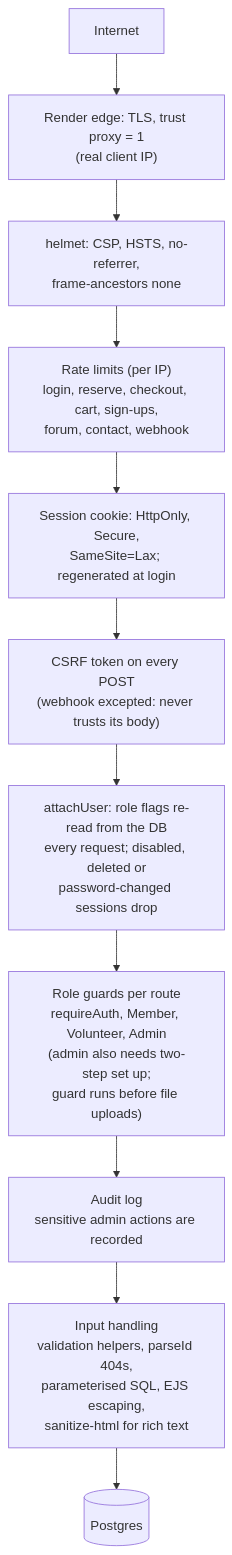
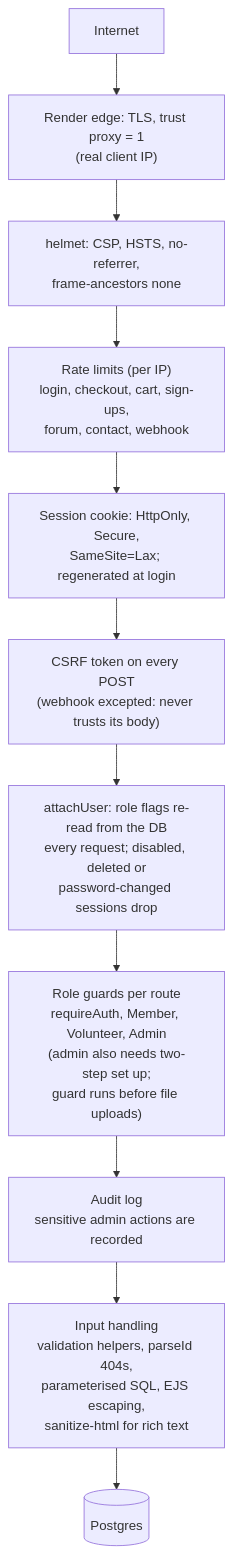
One commit to umasbooksadmin/umasbookswebsite changed diagram 15 of 15 in docs/architecture.md. Above: the diagram before and after it, drawn with Mermaid. The commit also changed other lines of this file and 21 other files, not shown here.

````diff
--- a/docs/architecture.md
+++ b/docs/architecture.md
@@ -832,13 +835,13 @@
 ```mermaid
 flowchart TD
   NET["Internet"] --> TLS["Render edge: TLS, trust proxy = 1<br/>(real client IP)"]
   TLS --> HL["helmet: CSP, HSTS, no-referrer,<br/>frame-ancestors none"]
-  HL --> RL["Rate limits (per IP)<br/>login, reserve, checkout, cart, sign-ups,<br/>forum, contact, webhook"]
+  HL --> RL["Rate limits (per IP)<br/>login, checkout, cart, sign-ups,<br/>forum, contact, webhook"]
   RL --> SE["Session cookie: HttpOnly, Secure,<br/>SameSite=Lax; regenerated at login"]
   SE --> CF["CSRF token on every POST<br/>(webhook excepted: never trusts its body)"]
   CF --> AU["attachUser: role flags re-read from the DB<br/>every request; disabled, deleted or<br/>password-changed sessions drop"]
   AU --> RG["Role guards per route<br/>requireAuth, Member, Volunteer, Admin<br/>(admin also needs two-step set up;<br/>guard runs before file uploads)"]
   RG --> AUD["Audit log<br/>sensitive admin actions are recorded"]
   AUD --> VAL["Input handling<br/>validation helpers, parseId 404s,<br/>parameterised SQL, EJS escaping,<br/>sanitize-html for rich text"]
   VAL --> DBX[("Postgres")]
 ```
````
